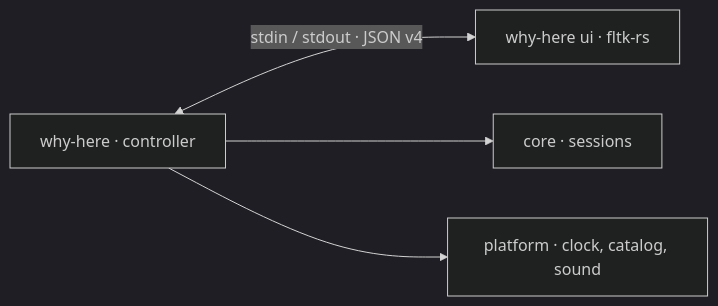
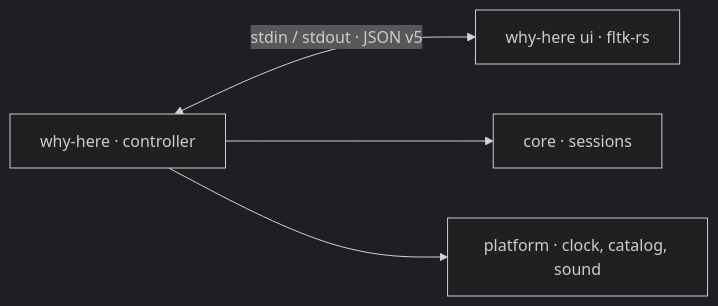
Before and after one commit to hlophlopgaming/why-i-m-here-RS: the diagram in README.md, drawn with Mermaid (dark theme). The commit also changed other lines of this file and 24 other files, not shown here.

````diff
--- a/README.md
+++ b/README.md
@@ -229,6 +238,6 @@
 ```mermaid
 flowchart LR
-    D["why-here · controller"] <-->|"stdin / stdout · JSON v4"| U["why-here ui · fltk-rs"]
+    D["why-here · controller"] <-->|"stdin / stdout · JSON v5"| U["why-here ui · fltk-rs"]
     D --> C["core · sessions"]
     D --> P["platform · clock, catalog, sound"]
 ```
````
